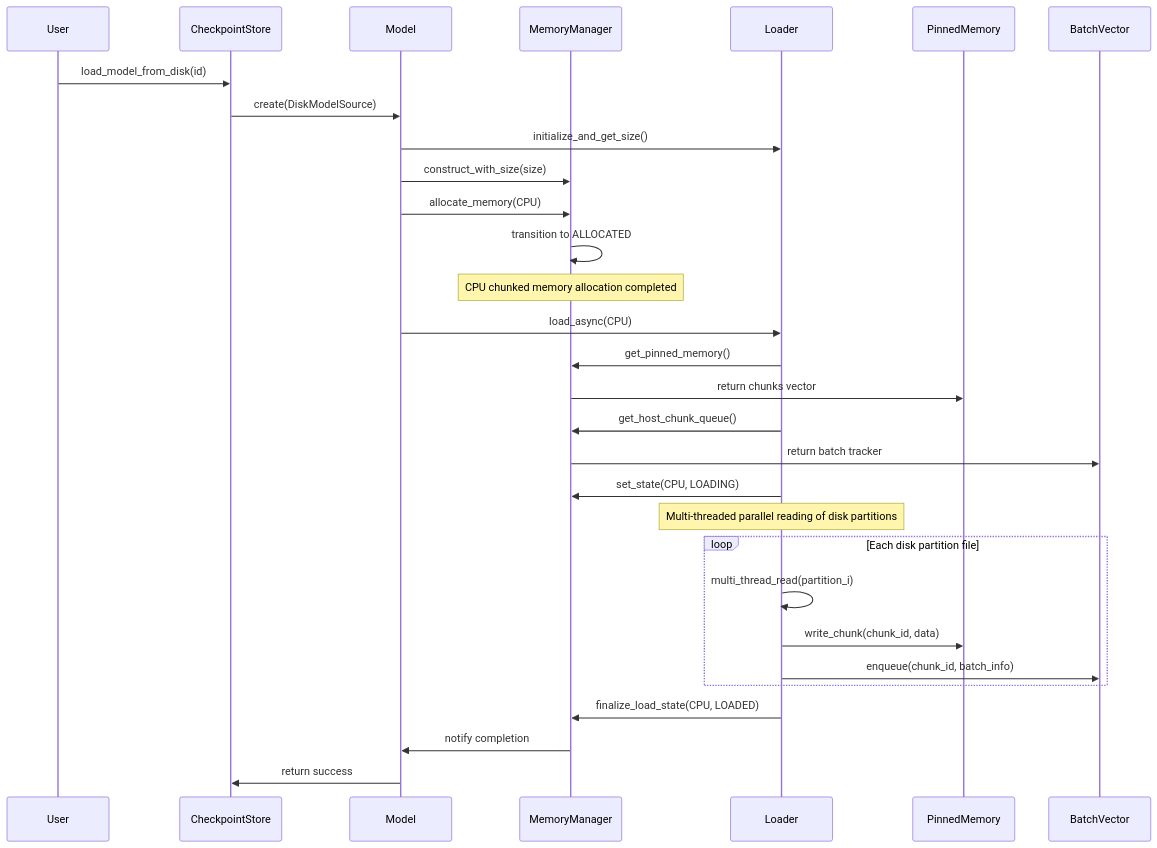
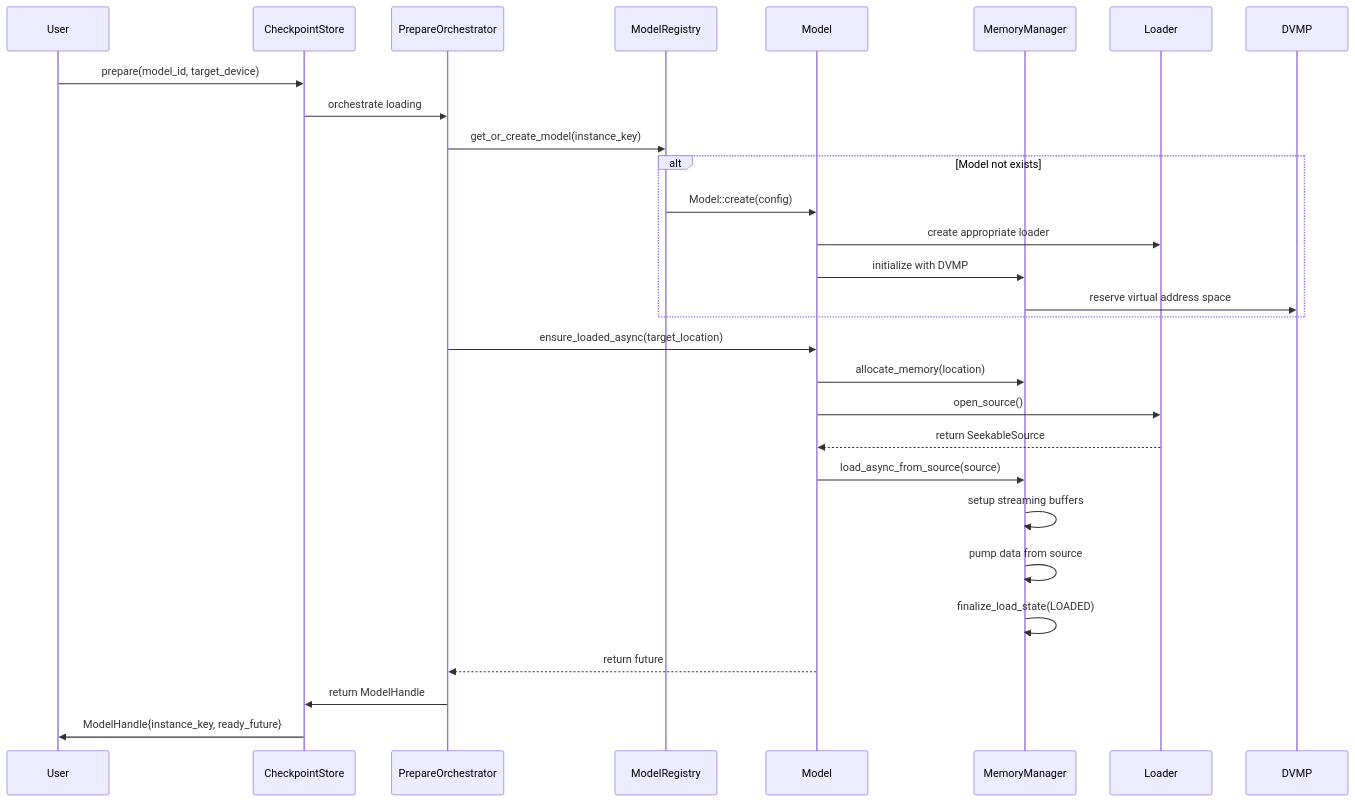
Before and after one commit to tensorcast-ai/tensorcast: diagram 14 of 16 in web-docs/docs/developer-guides/core/store/architecture.md, drawn with Mermaid. The commit also changed other lines of this file and 66 other files, not shown here.

````diff
--- a/web-docs/docs/developer-guides/core/store/architecture.md
+++ b/web-docs/docs/developer-guides/core/store/architecture.md
@@ -558,38 +651,36 @@
 ```mermaid
 sequenceDiagram
     participant User
     participant CS as CheckpointStore
+    participant PO as PrepareOrchestrator
+    participant MR as ModelRegistry
     participant M as Model
     participant MM as MemoryManager
     participant L as Loader
-    participant PM as PinnedMemory
-    participant BV as BatchVector
+    participant DVMP
 
-    User->>CS: load_model_from_disk(id)
-    CS->>M: create(DiskModelSource)
-    M->>L: initialize_and_get_size()
-    M->>MM: construct_with_size(size)
-    M->>MM: allocate_memory(CPU)
+    User->>CS: prepare(model_id, target_device)
+    CS->>PO: orchestrate loading
+    PO->>MR: get_or_create_model(instance_key)
 
-    MM->>MM: transition to ALLOCATED
-    Note over MM: CPU chunked memory allocation completed
-
-    M->>L: load_async(CPU)
-    L->>MM: get_pinned_memory()
-    MM->>PM: return chunks vector
-    L->>MM: get_host_chunk_queue()
-    MM->>BV: return batch tracker
-
-    L->>MM: set_state(CPU, LOADING)
-
-    Note over L: Multi-threaded parallel reading of disk partitions
-    loop Each disk partition file
-        L->>L: multi_thread_read(partition_i)
-        L->>PM: write_chunk(chunk_id, data)
-        L->>BV: enqueue(chunk_id, batch_info)
+    alt Model not exists
+        MR->>M: Model::create(config)
+        M->>L: create appropriate loader
+        M->>MM: initialize with DVMP
+        MM->>DVMP: reserve virtual address space
     end
 
-    L->>MM: finalize_load_state(CPU, LOADED)
-    MM->>M: notify completion
-    M->>CS: return success
+    PO->>M: ensure_loaded_async(target_location)
+    M->>MM: allocate_memory(location)
+    M->>L: open_source()
+    L-->>M: return SeekableSource
+    M->>MM: load_async_from_source(source)
+
+    MM->>MM: setup streaming buffers
+    MM->>MM: pump data from source
+    MM->>MM: finalize_load_state(LOADED)
+
+    M-->>PO: return future
+    PO->>CS: return ModelHandle
+    CS->>User: ModelHandle{instance_key, ready_future}
 ```
````
